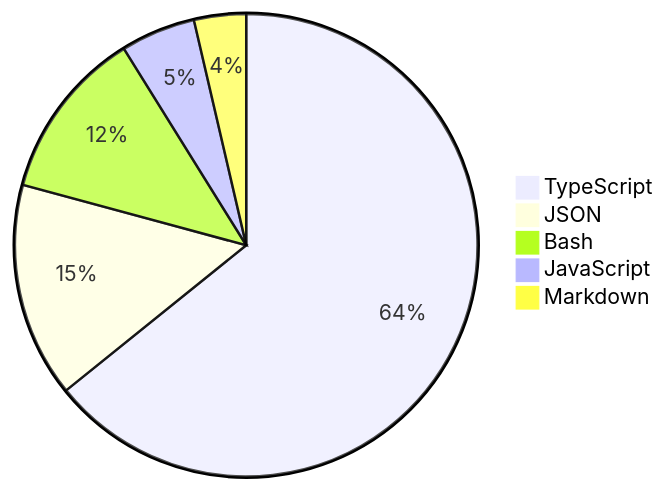
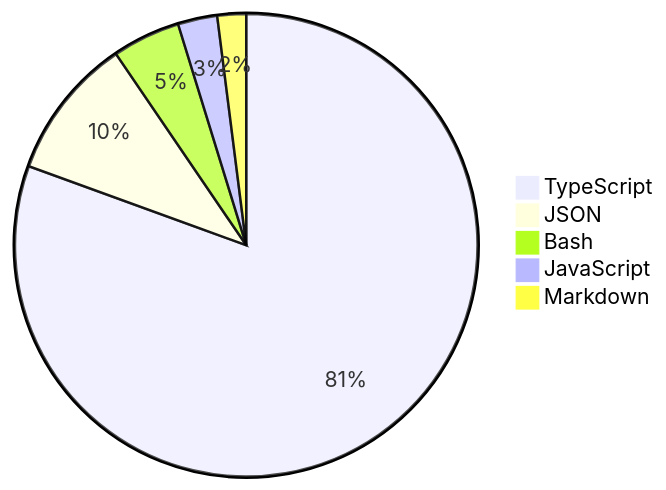
The diagram in README.md (skvggor/skvggor), drawn with Mermaid before and after one commit.

Commit message:
Updated waka-readme graph with new metrics

````diff
--- a/README.md
+++ b/README.md
@@ -16,8 +16,8 @@
 ```mermaid
 pie
-    "TypeScript" : 56.5
-    "JSON" : 13.2
-    "Bash" : 10.5
-    "JavaScript" : 4.6
-    "Markdown" : 3.2
+    "TypeScript" : 76.2
+    "JSON" : 9.4
+    "Bash" : 4.5
+    "JavaScript" : 2.6
+    "Markdown" : 1.9
 ```
````
